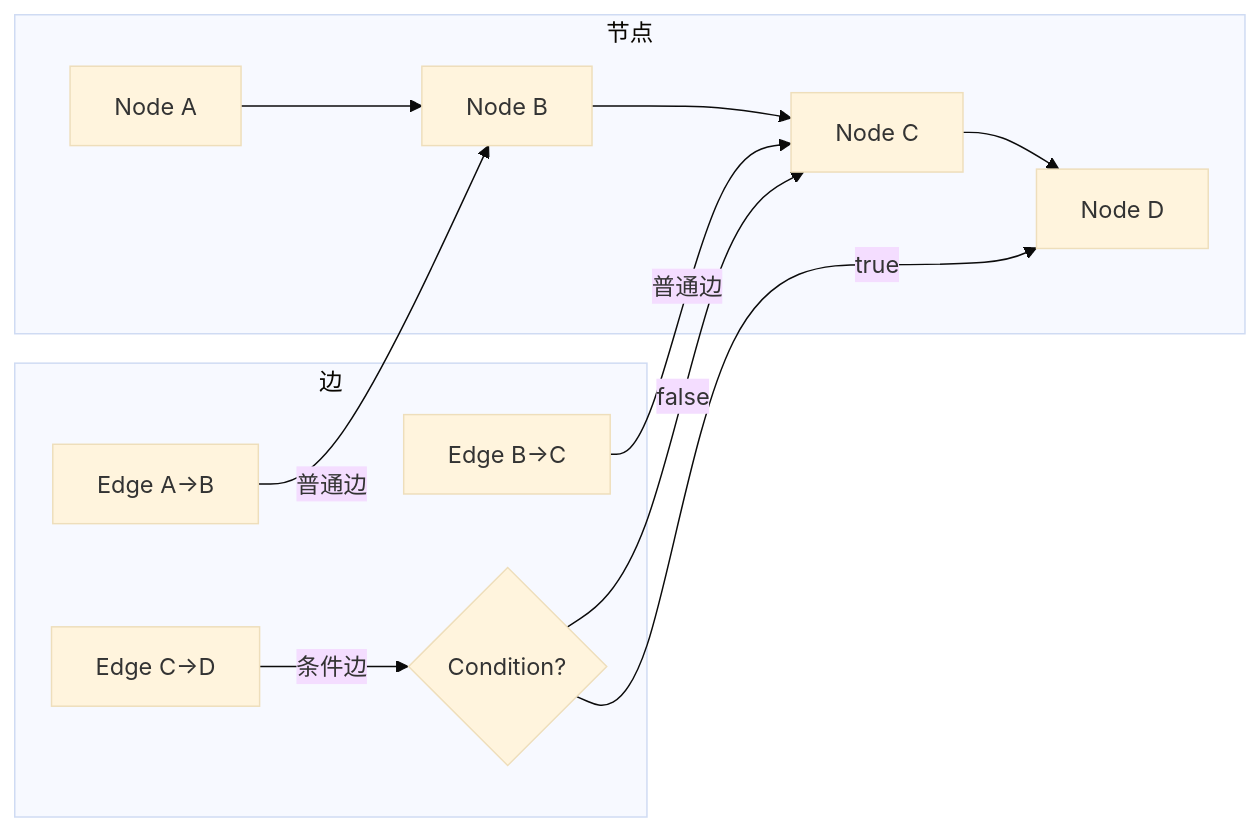
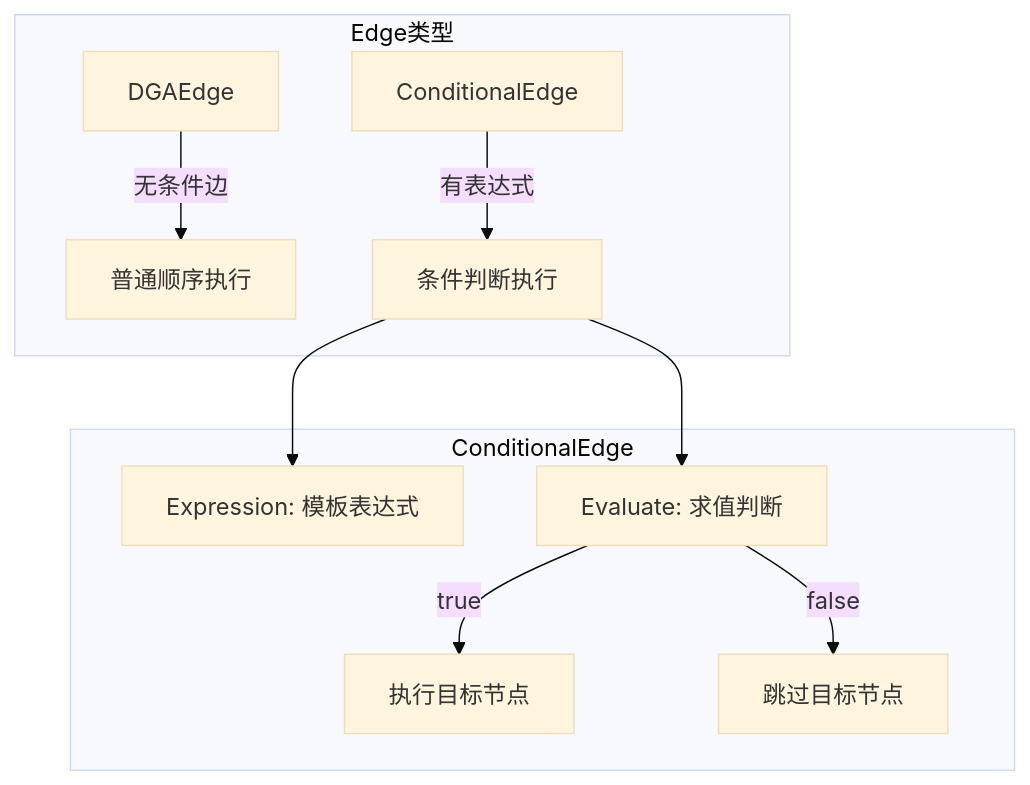
The second of 15 diagrams in dag/FLOWS.md (LerkoX/flowx), drawn with Mermaid (base theme) before and after one commit. The commit also changed other lines of this file and 6 other files, not shown here.

First line of the commit message:
docs: enhance module flow diagrams with detailed implementation flows

````diff
--- a/dag/FLOWS.md
+++ b/dag/FLOWS.md
@@ -33,16 +31,14 @@
 ```mermaid
-flowchart LR
-    subgraph 节点
-    N1[Node A] --> N2[Node B]
-    N2 --> N3[Node C]
-    N3 --> N4[Node D]
+flowchart TD
+    subgraph Edge类型
+    A[DGAEdge] --> |无条件边| B[普通顺序执行]
+    C[ConditionalEdge] --> |有表达式| D[条件判断执行]
     end
 
-    subgraph 边
-    E1[Edge A→B] --> |普通边| N2
-    E2[Edge B→C] --> |普通边| N3
-    E3[Edge C→D] --> |条件边| D{Condition?}
-    D -->|true| N4
-    D -->|false| N3
+    subgraph ConditionalEdge
+    D --> E[Expression: 模板表达式]
+    D --> F[Evaluate: 求值判断]
+    F --> |true| G[执行目标节点]
+    F --> |false| H[跳过目标节点]
     end
 ```
````
